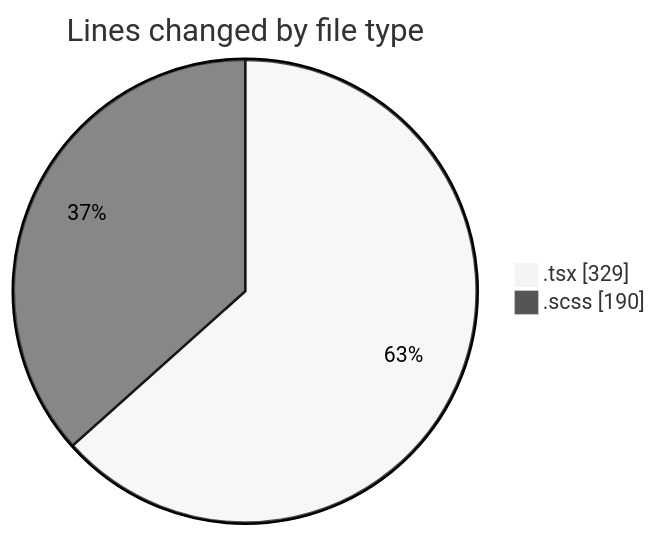
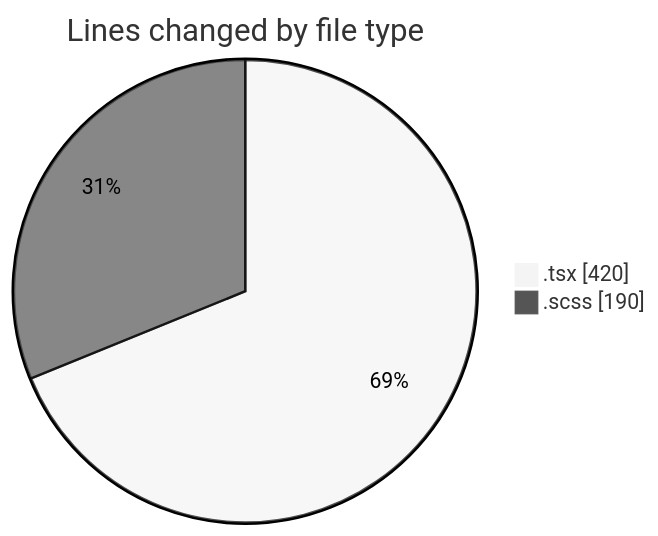
Before and after one commit to momahboobian/code-tracking: the first of 2 diagrams in 2026-04-10/cda/README.md, drawn with Mermaid (neutral theme). The commit also changed other lines of this file and 1 other file, not shown here.

````diff
--- a/2026-04-10/cda/README.md
+++ b/2026-04-10/cda/README.md
@@ -23,6 +23,6 @@
 ```mermaid
 pie showData
 title Lines changed by file type
-".tsx" : 329
+".tsx" : 420
 ".scss" : 190
 ```
````
